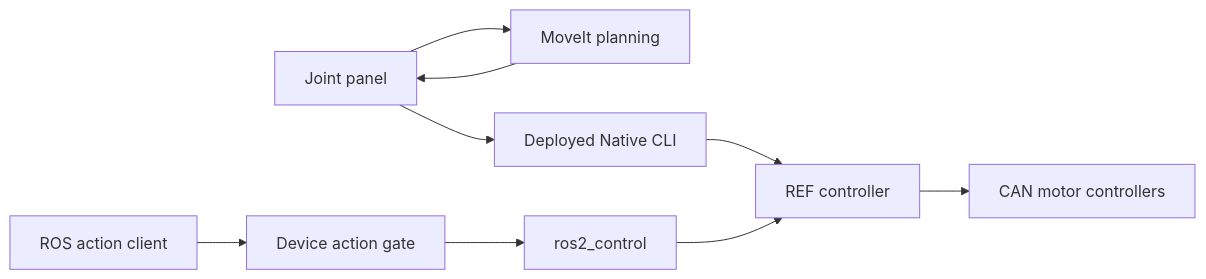
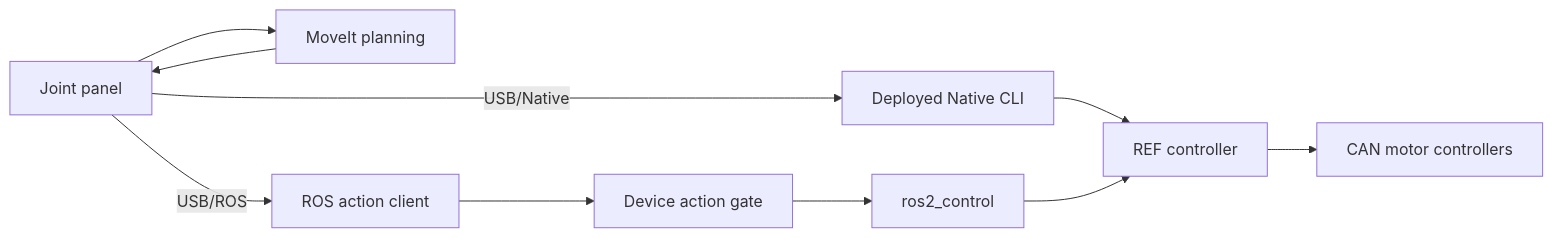
One commit to KaminDeng/dummy_ros2 changed the diagram in README.md. Above: the diagram before and after it, drawn with Mermaid. The commit also changed other lines of this file and 24 other files, not shown here.

````diff
--- a/README.md
+++ b/README.md
@@ -33,11 +33,12 @@
 ```mermaid
 flowchart LR
     Panel[Joint panel] --> Planner[MoveIt planning]
     Planner --> Panel
-    Panel --> Native[Deployed Native CLI]
+    Panel -->|USB/Native| Native[Deployed Native CLI]
+    Panel -->|USB/ROS| Action
     Action[ROS action client] --> Gate[Device action gate]
     Gate --> Control[ros2_control]
     Native --> Device[REF controller]
     Control --> Device
     Device --> Motors[CAN motor controllers]
 ```
````
